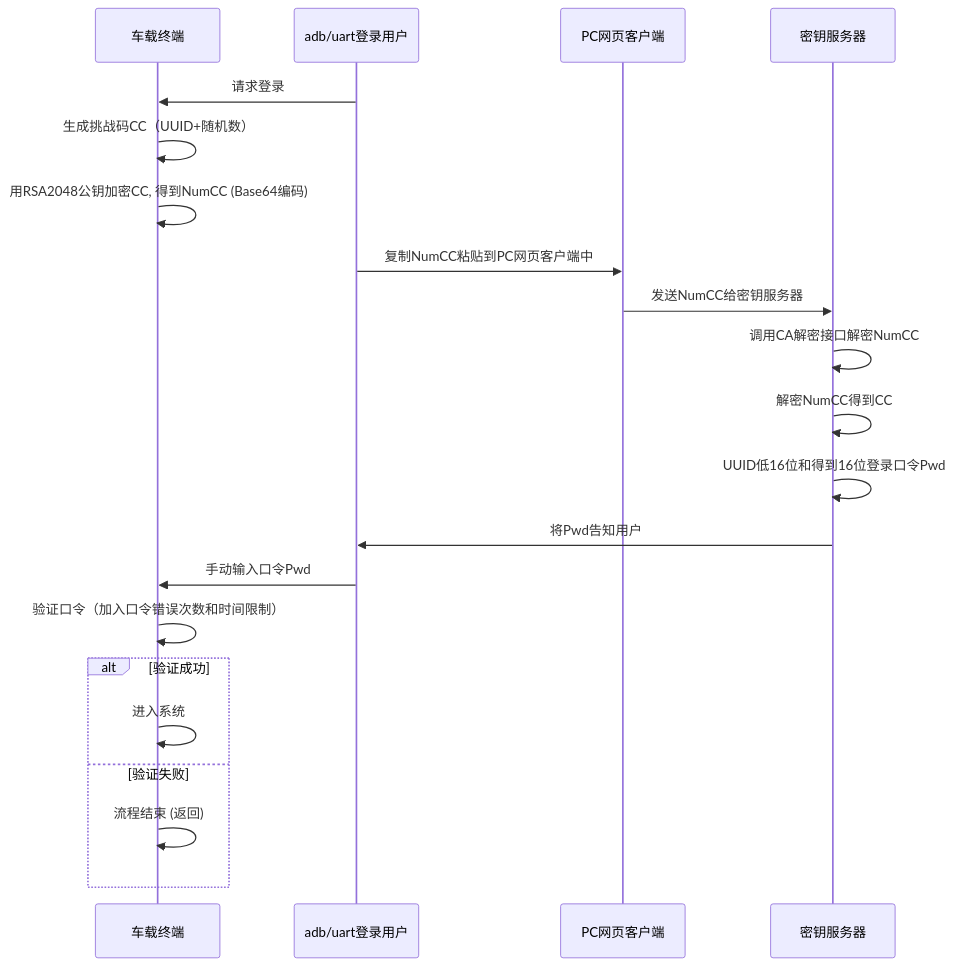
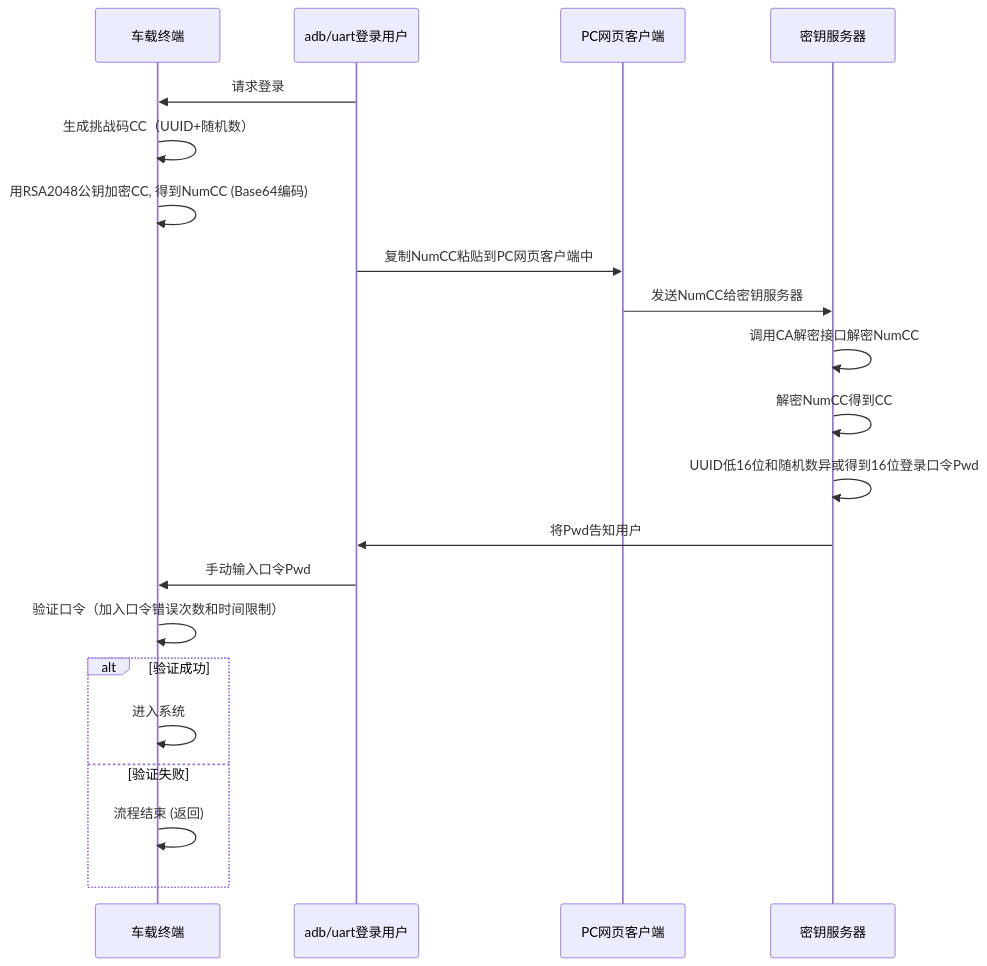
Before and after one commit to facebook-cloud/iodraw-files: the diagram in all/未命名-14.md, drawn with Mermaid.

Commit message:
2026-02-03 13:34:29 update

````diff
--- a/all/未命名-14.md
+++ b/all/未命名-14.md
@@ -1,27 +1,27 @@
 ```mermaid
 sequenceDiagram
     participant tbox as 车载终端
     participant user as adb/uart登录用户
     participant pc as PC网页客户端
     participant tech_center as 密钥服务器
   
 
     user->>tbox: 请求登录
     tbox->>tbox: 生成挑战码CC（UUID+随机数）
     tbox->>tbox: 用RSA2048公钥加密CC, 得到NumCC (Base64编码)
     user->>pc: 复制NumCC粘贴到PC网页客户端中
     pc->>tech_center: 发送NumCC给密钥服务器
     tech_center->>tech_center: 调用CA解密接口解密NumCC
     tech_center->>tech_center: 解密NumCC得到CC
-    tech_center->>tech_center: UUID低16位和得到16位登录口令Pwd
+    tech_center->>tech_center: UUID低16位和随机数异或得到16位登录口令Pwd
     tech_center->>user: 将Pwd告知用户
     user->>tbox: 手动输入口令Pwd
     tbox->>tbox: 验证口令（加入口令错误次数和时间限制）
     alt 验证成功
         tbox->>tbox: 进入系统
     else 验证失败
         tbox->>tbox: 流程结束 (返回)
     end
 
 
 ```
````
